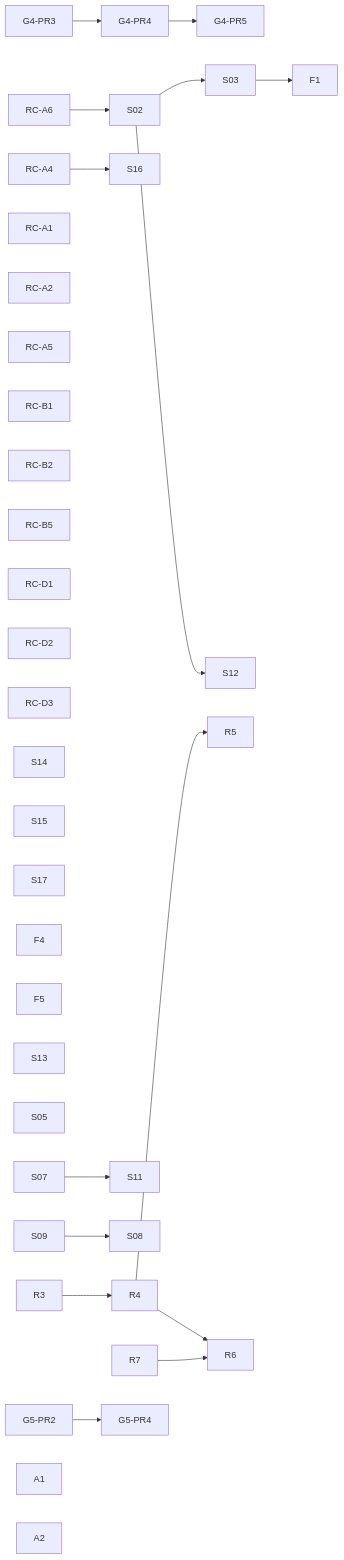
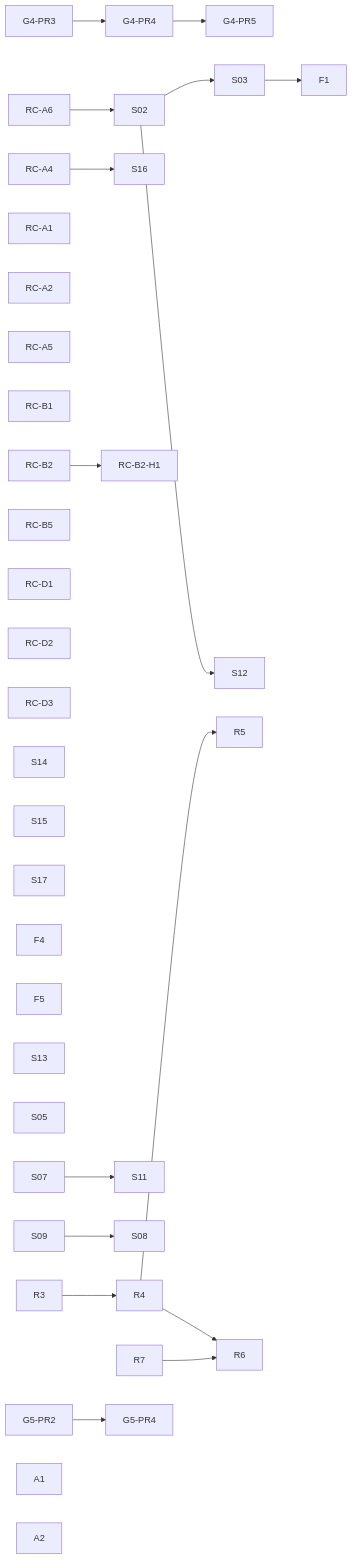
Before and after one commit to dunay2/dvt: the diagram in docs/planning/state/open-task-route.md, drawn with Mermaid. The commit also changed other lines of this file and 4 other files, not shown here.

````diff
--- a/docs/planning/state/open-task-route.md
+++ b/docs/planning/state/open-task-route.md
@@ -77,36 +78,38 @@
 ```mermaid
 flowchart LR
   G43[G4-PR3] --> G44[G4-PR4] --> G45[G4-PR5]
 
   RC_A6[RC-A6] --> S02[S02] --> S03[S03] --> F1[F1]
   RC_A4[RC-A4] --> S16[S16]
   RC_A1[RC-A1]
   RC_A2[RC-A2]
   RC_A5[RC-A5]
   RC_B1[RC-B1]
   RC_B2[RC-B2]
+  RC_B2_H1[RC-B2-H1]
+  RC_B2 --> RC_B2_H1
   RC_B5[RC-B5]
   RC_D1[RC-D1]
   RC_D2[RC-D2]
   RC_D3[RC-D3]
 
   S02 --> S12[S12]
   S14[S14]
   S15[S15]
   S17[S17]
   F4[F4]
   F5[F5]
   S13[S13]
   S05[S05]
 
   S07[S07] --> S11[S11]
   S09[S09] --> S08[S08]
 
   R3[R3] --> R4[R4] --> R5[R5]
   R4 --> R6[R6]
   R7[R7] --> R6
 
   G52[G5-PR2] --> G54[G5-PR4]
   A1[A1]
   A2[A2]
 ```
````
